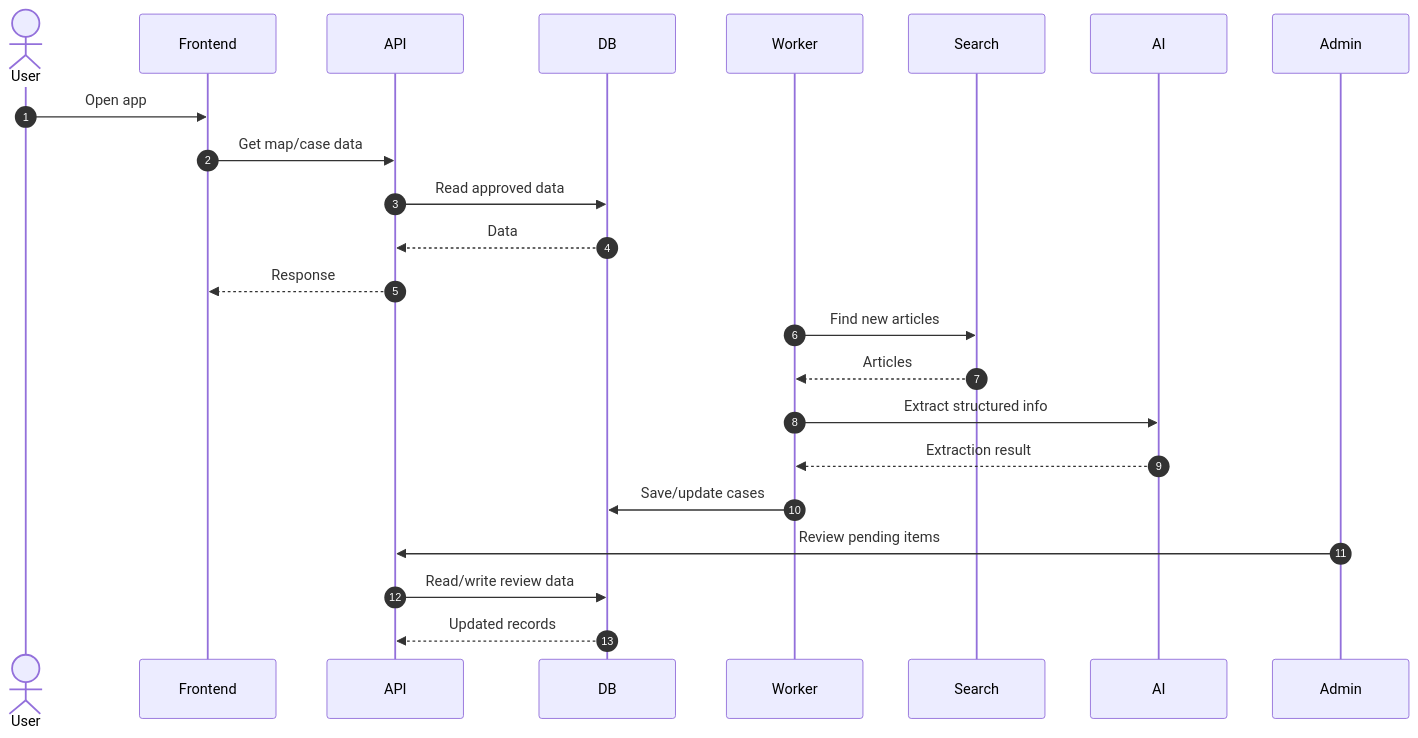
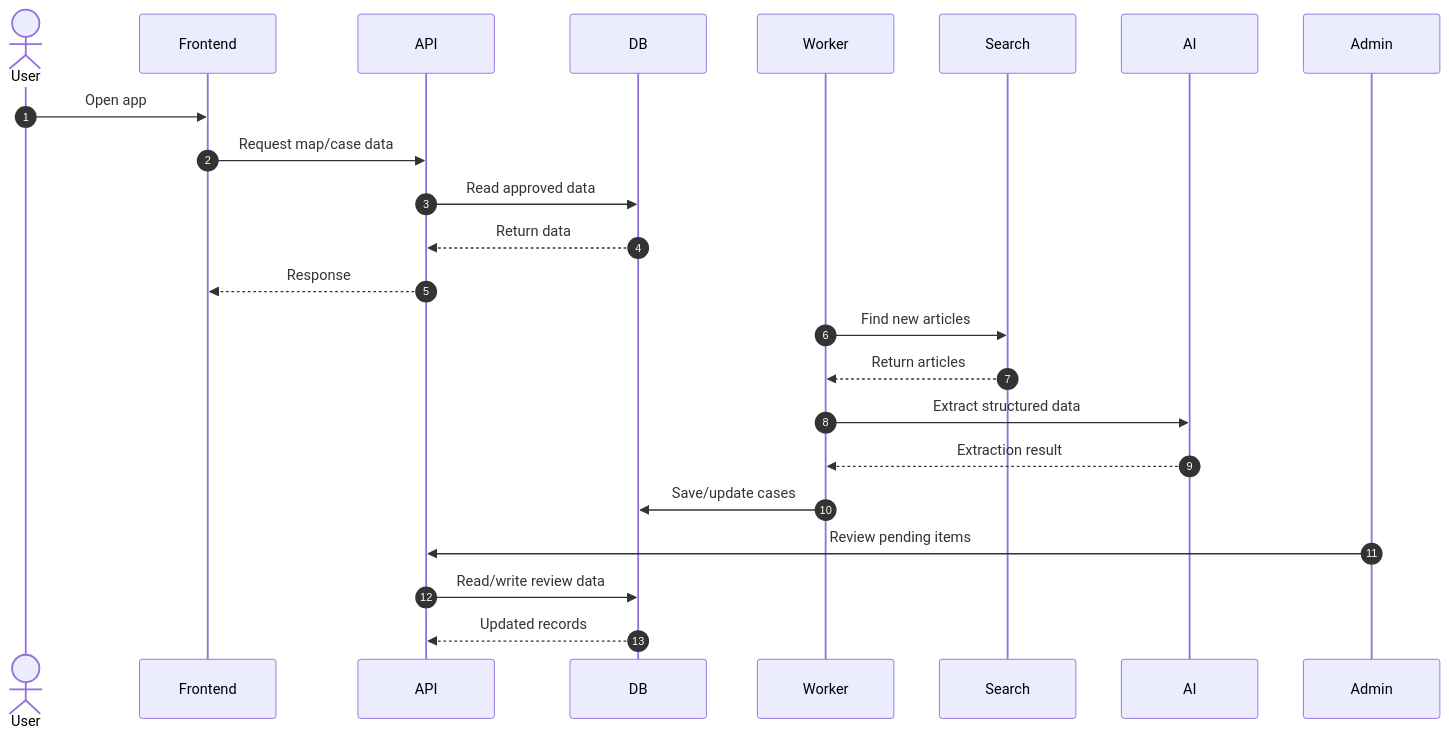
Before and after one commit to lblaseygg/coastal-watch: the diagram in docs/architecture/system-overview.md, drawn with Mermaid. The commit also changed other lines of this file, not shown here.

````diff
--- a/docs/architecture/system-overview.md
+++ b/docs/architecture/system-overview.md
@@ -22,29 +13,29 @@
 ```mermaid
 sequenceDiagram
     autonumber
 
     actor User
     participant Frontend
     participant API
     participant DB
     participant Worker
     participant Search
     participant AI
     participant Admin
 
     User->>Frontend: Open app
-    Frontend->>API: Get map/case data
+    Frontend->>API: Request map/case data
     API->>DB: Read approved data
-    DB-->>API: Data
+    DB-->>API: Return data
     API-->>Frontend: Response
 
     Worker->>Search: Find new articles
-    Search-->>Worker: Articles
-    Worker->>AI: Extract structured info
+    Search-->>Worker: Return articles
+    Worker->>AI: Extract structured data
     AI-->>Worker: Extraction result
     Worker->>DB: Save/update cases
 
     Admin->>API: Review pending items
     API->>DB: Read/write review data
     DB-->>API: Updated records
 ```
````
